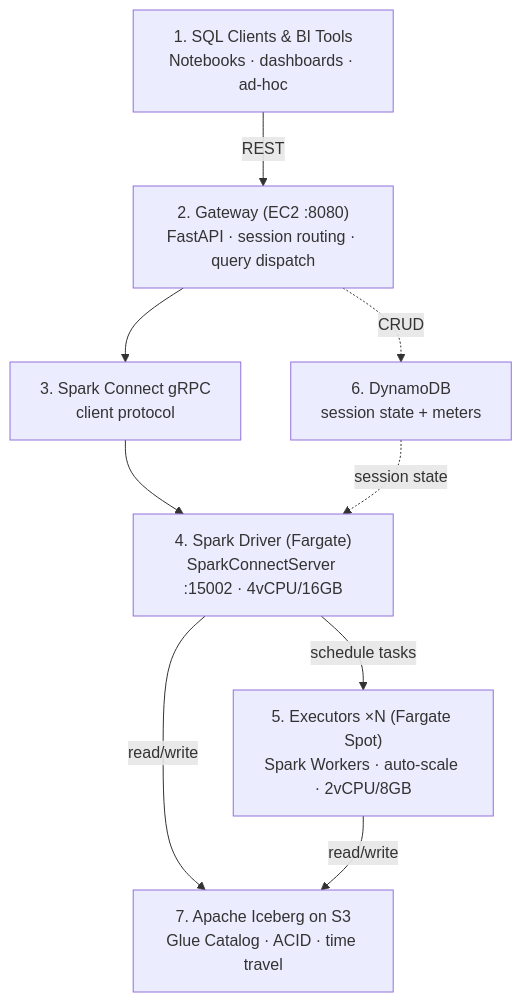
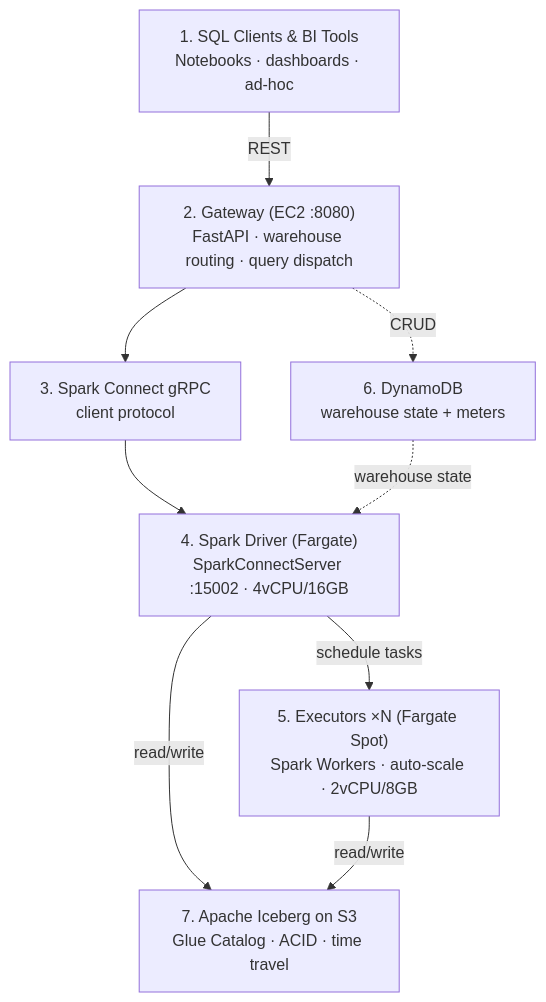
One commit to prabodh1194/flashpoint changed the diagram in docs/code-flow.md. Above: the diagram before and after it, drawn with Mermaid. The commit also changed other lines of this file and 23 other files, not shown here.

First line of the commit message:
rename: session → warehouse across the entire codebase

````diff
--- a/docs/code-flow.md
+++ b/docs/code-flow.md
@@ -5,19 +5,19 @@
 ```mermaid
 flowchart TD
     CLIENTS["1. SQL Clients & BI Tools<br/>Notebooks · dashboards · ad-hoc"]
-    GW["2. Gateway (EC2 :8080)<br/>FastAPI · session routing · query dispatch"]
+    GW["2. Gateway (EC2 :8080)<br/>FastAPI · warehouse routing · query dispatch"]
     GRPC["3. Spark Connect gRPC<br/>client protocol"]
     DRIVER["4. Spark Driver (Fargate)<br/>SparkConnectServer :15002 · 4vCPU/16GB"]
     EXEC["5. Executors ×N (Fargate Spot)<br/>Spark Workers · auto-scale · 2vCPU/8GB"]
-    DDB["6. DynamoDB<br/>session state + meters"]
+    DDB["6. DynamoDB<br/>warehouse state + meters"]
     STORAGE["7. Apache Iceberg on S3<br/>Glue Catalog · ACID · time travel"]
 
     CLIENTS -->|REST| GW
     GW --> GRPC
     GRPC --> DRIVER
     DRIVER -->|schedule tasks| EXEC
     GW -.->|CRUD| DDB
-    DDB -.->|session state| DRIVER
+    DDB -.->|warehouse state| DRIVER
     DRIVER -->|read/write| STORAGE
     EXEC -->|read/write| STORAGE
 ```
````
